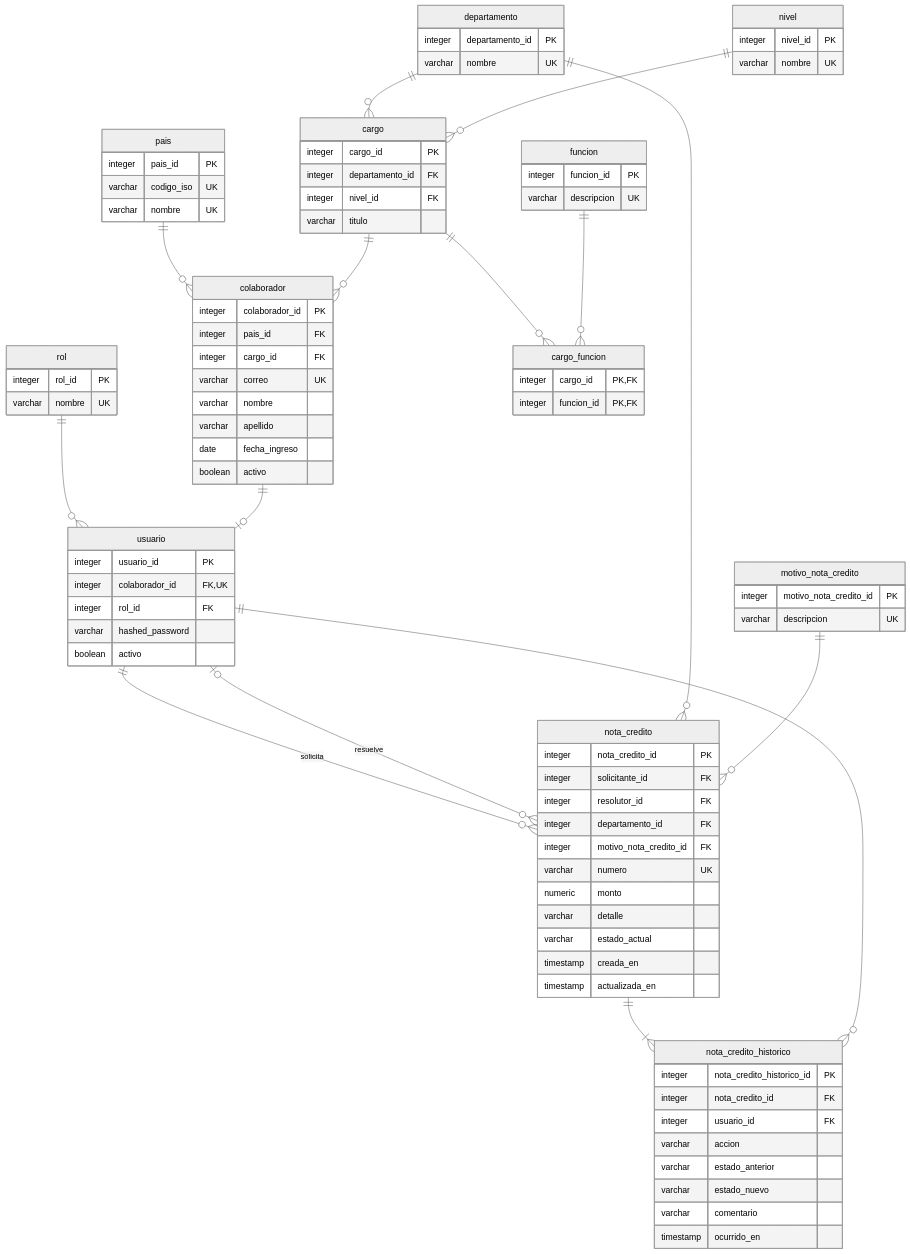
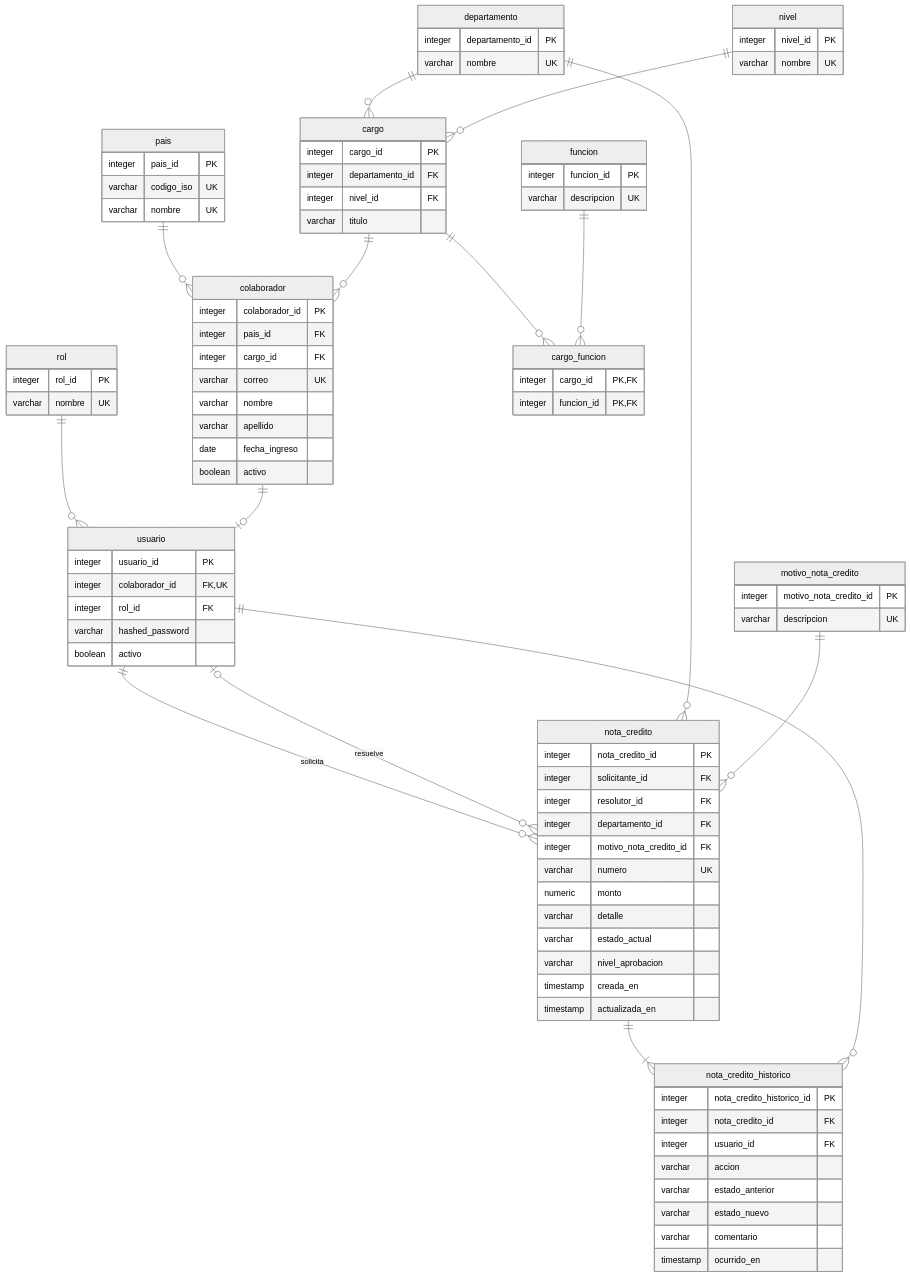
One commit to SergioRod21/vp-finanzas changed the diagram in docs/modelo-datos/erd.md. Above: the diagram before and after it, drawn with Mermaid (neutral theme). The commit also changed 1 other file, not shown here.

Commit message:
docs(modelo): agregar nivel_aprobacion a nota_credito en el ERD

```diff
--- a/docs/modelo-datos/erd.md
+++ b/docs/modelo-datos/erd.md
@@ -98,6 +98,7 @@
         numeric monto
         varchar detalle
         varchar estado_actual
+        varchar nivel_aprobacion
         timestamp creada_en
         timestamp actualizada_en
     }
```
